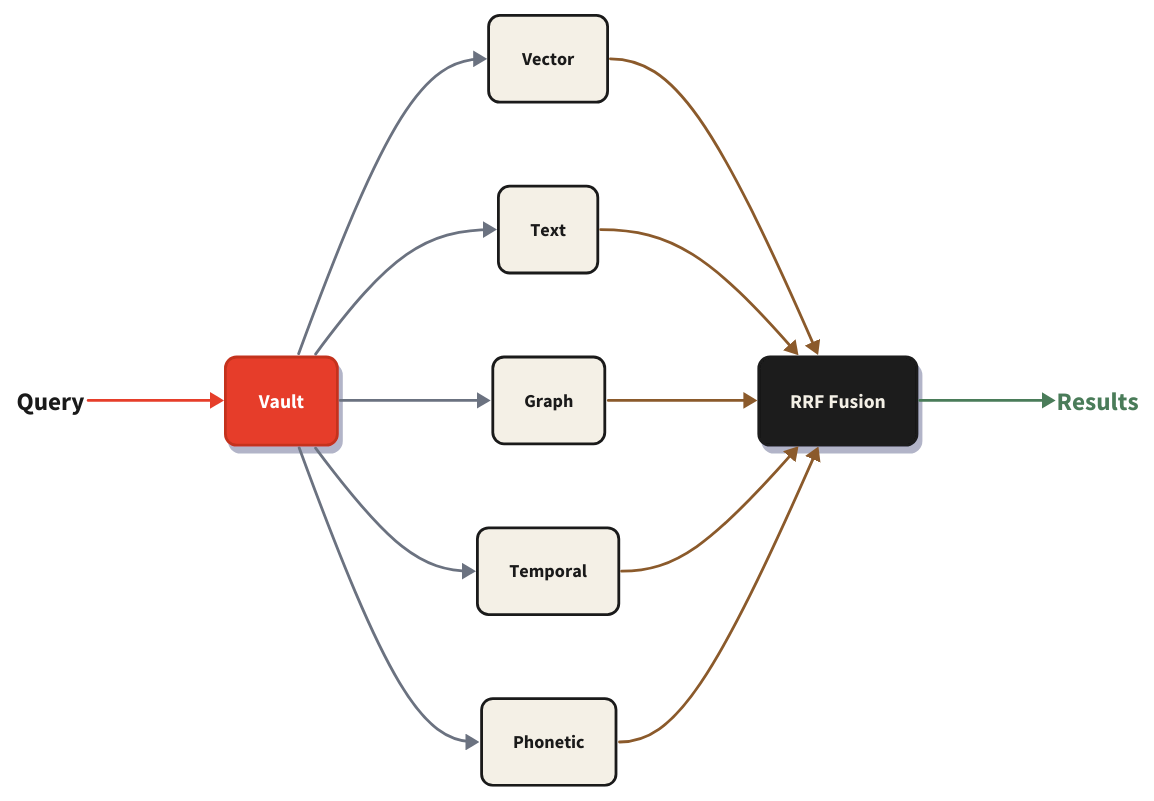
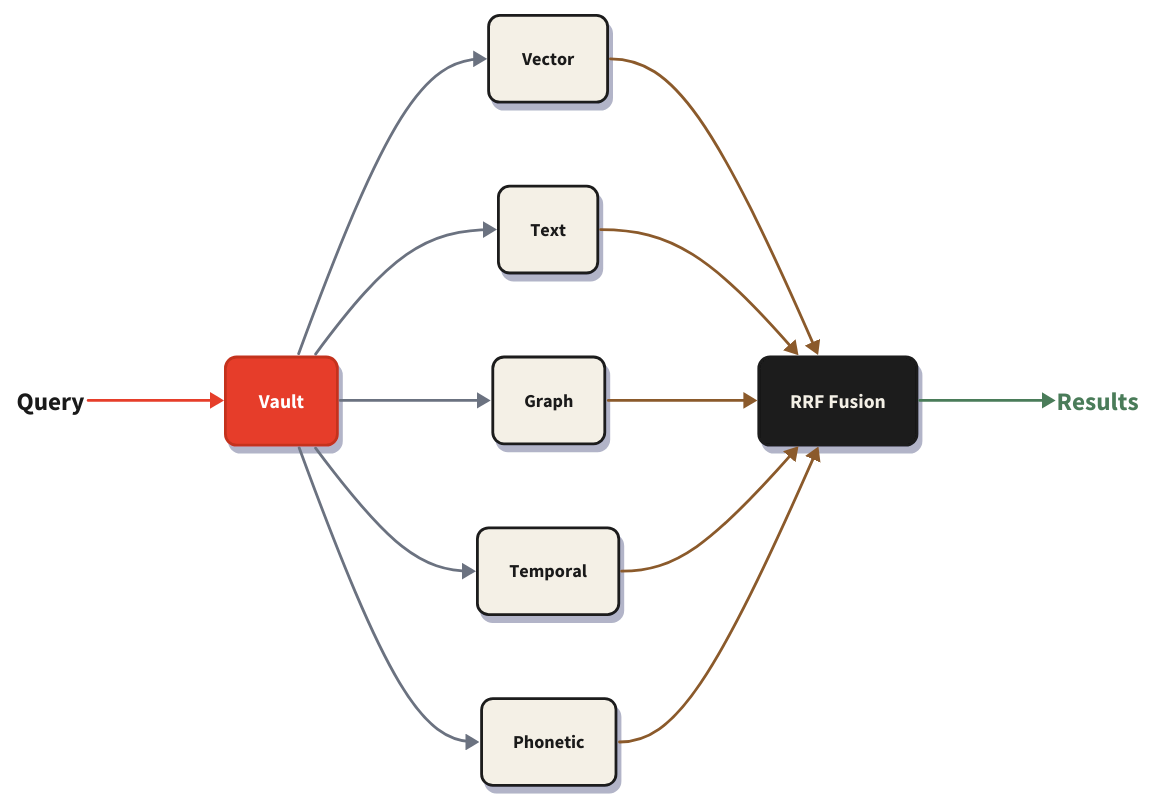
Before and after one commit to oneiron-dev/oneiron: the diagram in docs/architecture.d2, drawn with D2. The commit also changed 13 other files, not shown here.

First line of the commit message:
Add shadows to flow diagrams, update style guide

```diff
--- a/docs/architecture.d2
+++ b/docs/architecture.d2
@@ -1,95 +1,100 @@
 direction: right
 
 # --- Oneiron palette ---
 # accent:  #E63E2A  (vibrant red-orange)
 # ink:     #1a1a1a  (dark text / heavy elements)
 # surface: #F4F0E6  (warm parchment)
 # success: #4A7C59  (positive / completion)
 # muted:   #6B7280  (secondary)
 # brown:   #8B5A2B  (warm secondary accent)
 
 query: Query {
   shape: text
   style.font-size: 18
   style.bold: true
   style.font-color: "#1a1a1a"
 }
 
 vault: Vault {
   style.fill: "#E63E2A"
   style.font-color: "#ffffff"
   style.stroke: "#c4321f"
   style.border-radius: 8
   style.font-size: 14
   style.bold: true
   style.shadow: true
 }
 
 vector: Vector {
   style.fill: "#F4F0E6"
   style.font-color: "#1a1a1a"
   style.stroke: "#1a1a1a"
   style.border-radius: 8
   style.font-size: 13
+  style.shadow: true
 }
 text: Text {
   style.fill: "#F4F0E6"
   style.font-color: "#1a1a1a"
   style.stroke: "#1a1a1a"
   style.border-radius: 8
   style.font-size: 13
+  style.shadow: true
 }
 graph: Graph {
   style.fill: "#F4F0E6"
   style.font-color: "#1a1a1a"
   style.stroke: "#1a1a1a"
   style.border-radius: 8
   style.font-size: 13
+  style.shadow: true
 }
 temporal: Temporal {
   style.fill: "#F4F0E6"
   style.font-color: "#1a1a1a"
   style.stroke: "#1a1a1a"
   style.border-radius: 8
   style.font-size: 13
+  style.shadow: true
 }
 phonetic: Phonetic {
   style.fill: "#F4F0E6"
   style.font-color: "#1a1a1a"
   style.stroke: "#1a1a1a"
   style.border-radius: 8
   style.font-size: 13
+  style.shadow: true
 }
 
 fusion: RRF Fusion {
   style.fill: "#1a1a1a"
   style.font-color: "#F4F0E6"
   style.stroke: "#1a1a1a"
   style.border-radius: 8
   style.font-size: 14
   style.bold: true
   style.shadow: true
 }
 
 results: Results {
   shape: text
   style.font-size: 18
   style.bold: true
   style.font-color: "#4A7C59"
 }
 
 query -> vault: {style.stroke: "#E63E2A"; style.stroke-width: 2}
 
 vault -> vector: {style.stroke: "#6B7280"; style.stroke-width: 2}
 vault -> text: {style.stroke: "#6B7280"; style.stroke-width: 2}
 vault -> graph: {style.stroke: "#6B7280"; style.stroke-width: 2}
 vault -> temporal: {style.stroke: "#6B7280"; style.stroke-width: 2}
 vault -> phonetic: {style.stroke: "#6B7280"; style.stroke-width: 2}
 
 vector -> fusion: {style.stroke: "#8B5A2B"; style.stroke-width: 2}
 text -> fusion: {style.stroke: "#8B5A2B"; style.stroke-width: 2}
 graph -> fusion: {style.stroke: "#8B5A2B"; style.stroke-width: 2}
 temporal -> fusion: {style.stroke: "#8B5A2B"; style.stroke-width: 2}
 phonetic -> fusion: {style.stroke: "#8B5A2B"; style.stroke-width: 2}
 
 fusion -> results: {style.stroke: "#4A7C59"; style.stroke-width: 2}
```
